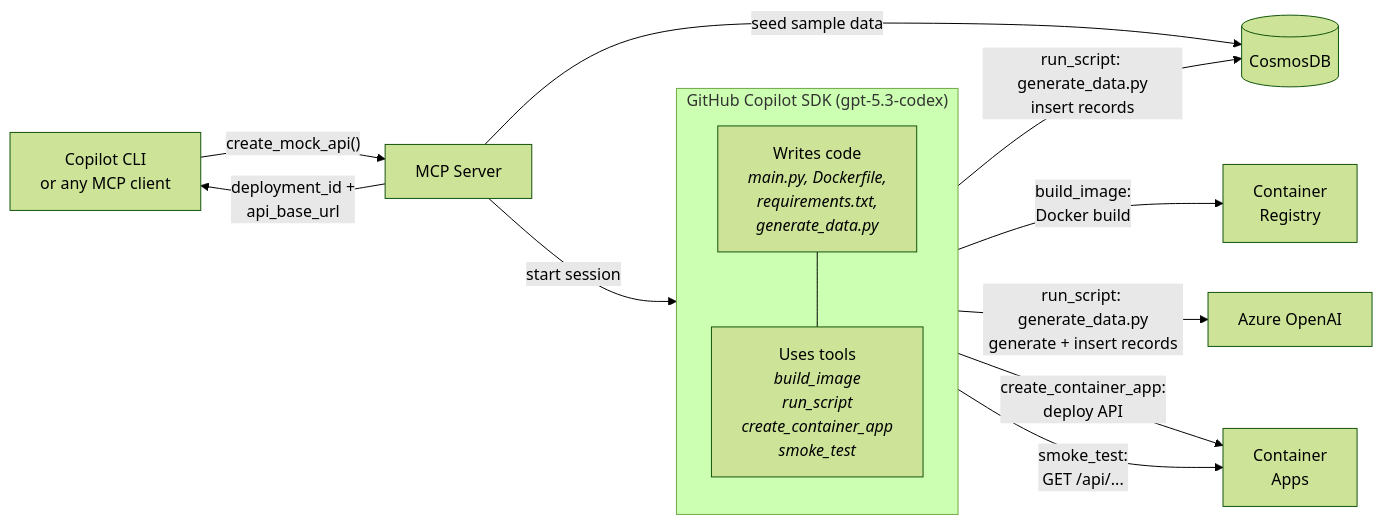
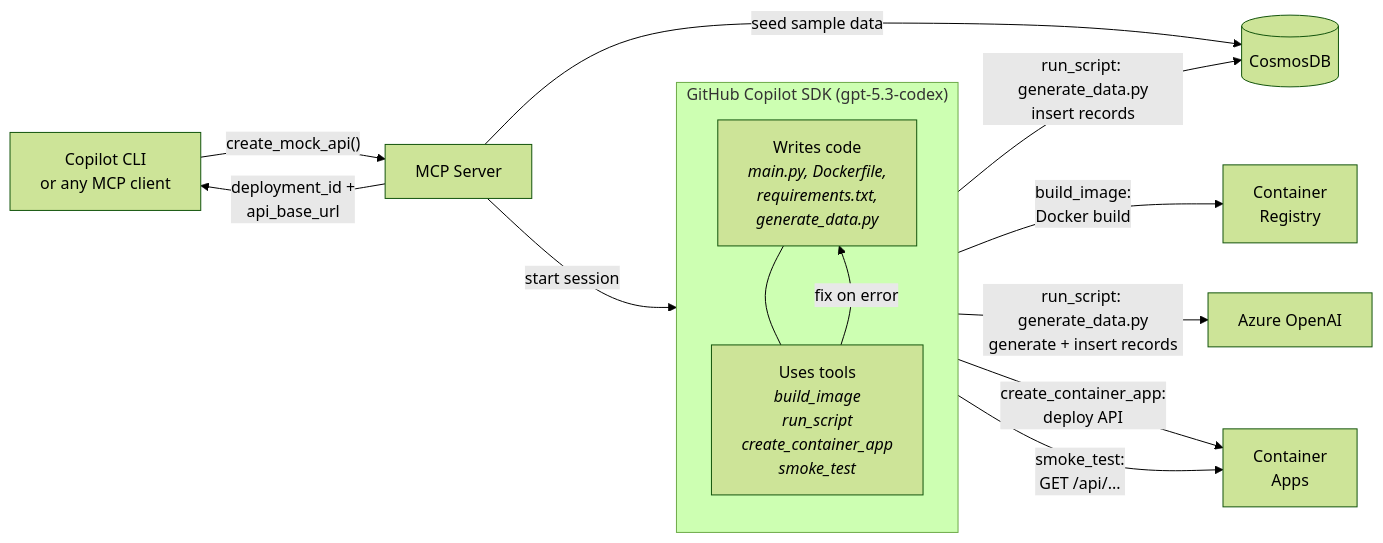
Before and after one commit to tkubica12/agentic-component-factory: the diagram in docs/README.md, drawn with Mermaid (forest theme).

Commit message:
docs - fix on error loop

````diff
--- a/docs/README.md
+++ b/docs/README.md
@@ -27,28 +27,29 @@
 ```mermaid
 flowchart LR
     Agent["Copilot CLI<br>or any MCP client"]
     MCP["MCP Server"]
     Cosmos[("CosmosDB")]
     ACR["Container<br>Registry"]
     AOAI["Azure OpenAI"]
     ACA["Container<br>Apps"]
 
     subgraph SDK ["GitHub Copilot SDK (gpt-5.3-codex)"]
         direction TB
         Writes["Writes code<br><i>main.py, Dockerfile,<br>requirements.txt,<br>generate_data.py</i>"]
         Tools["Uses tools<br><i>build_image<br>run_script<br>create_container_app<br>smoke_test</i>"]
         Writes --- Tools
+        Tools -- "fix on error" --> Writes
     end
 
     Agent -- "create_mock_api()" --> MCP
     MCP -- "seed sample data" --> Cosmos
     MCP -- "start session" --> SDK
 
     Tools -- "build_image:<br>Docker build" --> ACR
     Tools -- "run_script: generate_data.py<br>generate + insert records" --> AOAI
     Tools -- "run_script: generate_data.py<br>insert records" --> Cosmos
     Tools -- "create_container_app:<br>deploy API" --> ACA
     Tools -- "smoke_test:<br>GET /api/..." --> ACA
 
     MCP -- "deployment_id +<br>api_base_url" --> Agent
 ```
````
